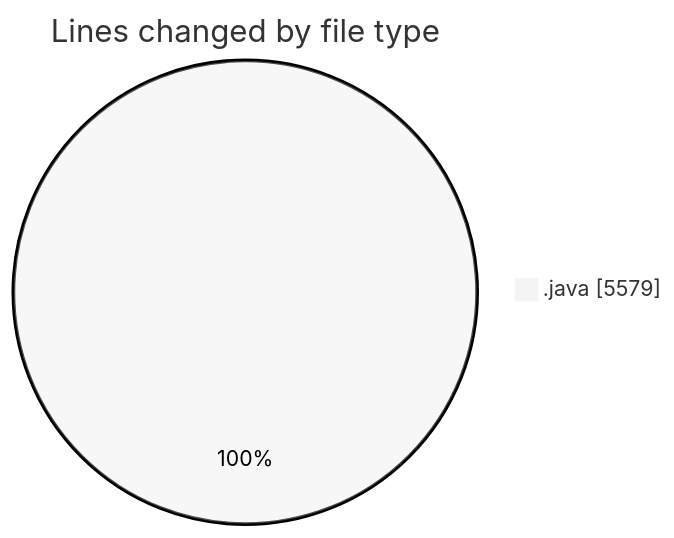
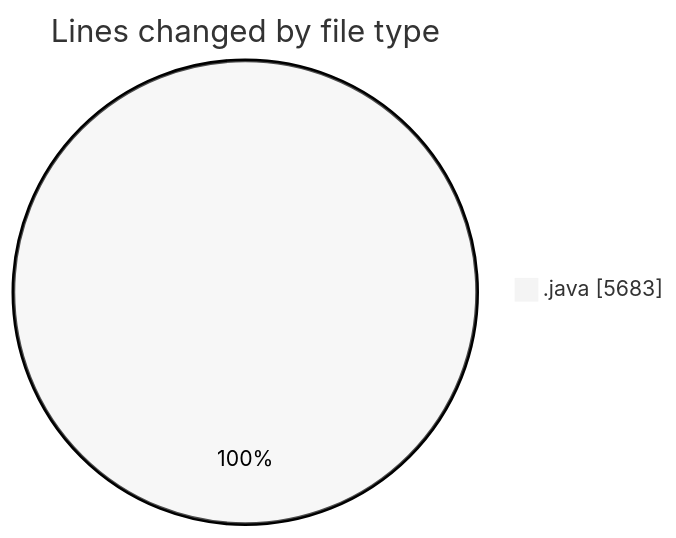
Before and after one commit to ricardozamudiocil/code-tracking: the first of 2 diagrams in 2026-04-09/cilapp/README.md, drawn with Mermaid (neutral theme). The commit also changed other lines of this file and 1 other file, not shown here.

````diff
--- a/2026-04-09/cilapp/README.md
+++ b/2026-04-09/cilapp/README.md
@@ -27,5 +27,5 @@
 ```mermaid
 pie showData
 title Lines changed by file type
-".java" : 5579
+".java" : 5683
 ```
````
